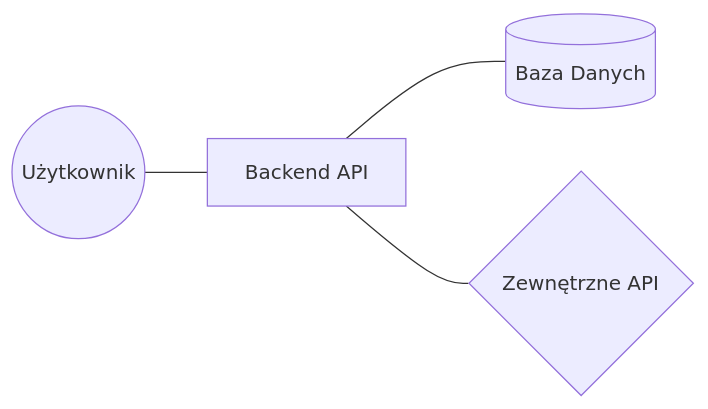
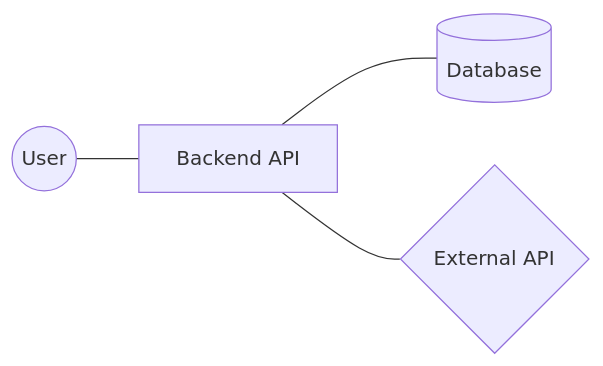
The diagram in README.md (Me-Wosh/EsportHub), drawn with Mermaid before and after one commit. The commit also changed 50 other files, not shown here.

````diff
--- a/README.md
+++ b/README.md
@@ -62,6 +62,6 @@
 ```mermaid
 graph LR
-    User((Użytkownik)) --- API[Backend API]
-    API --- DB[(Baza Danych)]
-    API --- ExtAPI{Zewnętrzne API}
+    User((User)) --- API[Backend API]
+    API --- DB[(Database)]
+    API --- ExtAPI{External API}
 ```
````
